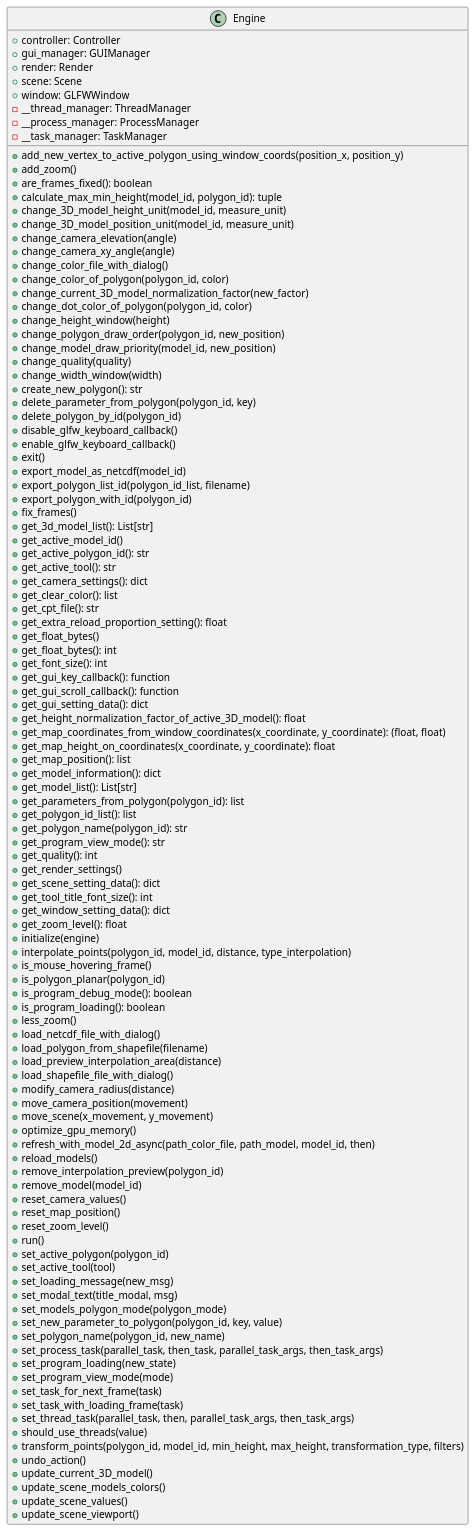
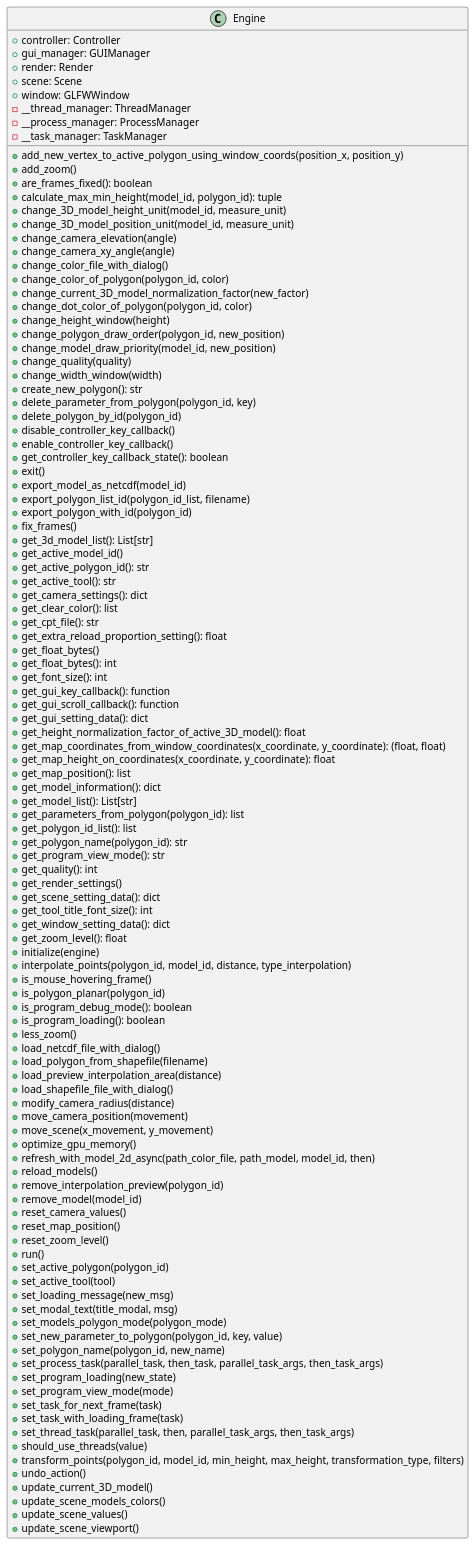
Before and after one commit to ferpoble2/Relief_Creator: the diagram in docs/classes/Engine.puml, drawn with PlantUML. The commit also changed 5 other files, not shown here.

Commit message:
Fixed names to enable/disable keyboard callback on controller.

```diff
--- a/docs/classes/Engine.puml
+++ b/docs/classes/Engine.puml
@@ -1,114 +1,115 @@
 @startuml
 class Engine {
     + controller: Controller
     + gui_manager: GUIManager
     + render: Render
     + scene: Scene
     + window: GLFWWindow
     - __thread_manager: ThreadManager
     - __process_manager: ProcessManager
     - __task_manager: TaskManager
 
     + add_new_vertex_to_active_polygon_using_window_coords(position_x, position_y)
     + add_zoom()
     + are_frames_fixed(): boolean
     + calculate_max_min_height(model_id, polygon_id): tuple
     + change_3D_model_height_unit(model_id, measure_unit)
     + change_3D_model_position_unit(model_id, measure_unit)
     + change_camera_elevation(angle)
     + change_camera_xy_angle(angle)
     + change_color_file_with_dialog()
     + change_color_of_polygon(polygon_id, color)
     + change_current_3D_model_normalization_factor(new_factor)
     + change_dot_color_of_polygon(polygon_id,  color)
     + change_height_window(height)
     + change_polygon_draw_order(polygon_id, new_position)
     + change_model_draw_priority(model_id, new_position)
     + change_quality(quality)
     + change_width_window(width)
     + create_new_polygon(): str
     + delete_parameter_from_polygon(polygon_id, key)
     + delete_polygon_by_id(polygon_id)
-    + disable_glfw_keyboard_callback()
-    + enable_glfw_keyboard_callback()
+    + disable_controller_key_callback()
+    + enable_controller_key_callback()
+    + get_controller_key_callback_state(): boolean
     + exit()
     + export_model_as_netcdf(model_id)
     + export_polygon_list_id(polygon_id_list, filename)
     + export_polygon_with_id(polygon_id)
     + fix_frames()
     + get_3d_model_list(): List[str]
     + get_active_model_id()
     + get_active_polygon_id(): str
     + get_active_tool(): str
     + get_camera_settings(): dict
     + get_clear_color(): list
     + get_cpt_file(): str
     + get_extra_reload_proportion_setting(): float
     + get_float_bytes()
     + get_float_bytes(): int
     + get_font_size(): int
     + get_gui_key_callback(): function
     + get_gui_scroll_callback(): function
     + get_gui_setting_data(): dict
     + get_height_normalization_factor_of_active_3D_model(): float
     + get_map_coordinates_from_window_coordinates(x_coordinate, y_coordinate): (float, float)
     + get_map_height_on_coordinates(x_coordinate, y_coordinate): float
     + get_map_position(): list
     + get_model_information(): dict
     + get_model_list(): List[str]
     + get_parameters_from_polygon(polygon_id): list
     + get_polygon_id_list(): list
     + get_polygon_name(polygon_id): str
     + get_program_view_mode(): str
     + get_quality(): int
     + get_render_settings()
     + get_scene_setting_data(): dict
     + get_tool_title_font_size(): int
     + get_window_setting_data(): dict
     + get_zoom_level(): float
     + initialize(engine)
     + interpolate_points(polygon_id, model_id, distance, type_interpolation)
     + is_mouse_hovering_frame()
     + is_polygon_planar(polygon_id)
     + is_program_debug_mode(): boolean
     + is_program_loading(): boolean
     + less_zoom()
     + load_netcdf_file_with_dialog()
     + load_polygon_from_shapefile(filename)
     + load_preview_interpolation_area(distance)
     + load_shapefile_file_with_dialog()
     + modify_camera_radius(distance)
     + move_camera_position(movement)
     + move_scene(x_movement, y_movement)
     + optimize_gpu_memory()
     + refresh_with_model_2d_async(path_color_file, path_model, model_id, then)
     + reload_models()
     + remove_interpolation_preview(polygon_id)
     + remove_model(model_id)
     + reset_camera_values()
     + reset_map_position()
     + reset_zoom_level()
     + run()
     + set_active_polygon(polygon_id)
     + set_active_tool(tool)
     + set_loading_message(new_msg)
     + set_modal_text(title_modal, msg)
     + set_models_polygon_mode(polygon_mode)
     + set_new_parameter_to_polygon(polygon_id, key, value)
     + set_polygon_name(polygon_id, new_name)
     + set_process_task(parallel_task, then_task, parallel_task_args, then_task_args)
     + set_program_loading(new_state)
     + set_program_view_mode(mode)
     + set_task_for_next_frame(task)
     + set_task_with_loading_frame(task)
     + set_thread_task(parallel_task, then, parallel_task_args, then_task_args)
     + should_use_threads(value)
     + transform_points(polygon_id, model_id, min_height, max_height, transformation_type, filters)
     + undo_action()
     + update_current_3D_model()
     + update_scene_models_colors()
     + update_scene_values()
     + update_scene_viewport()
 }
 
 @enduml
```
